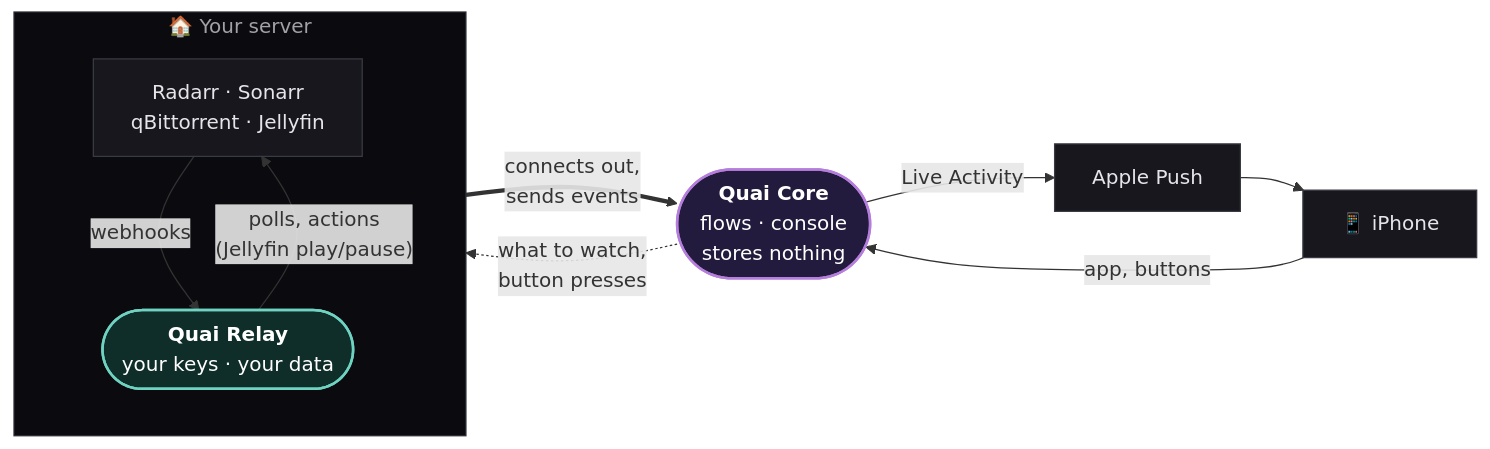
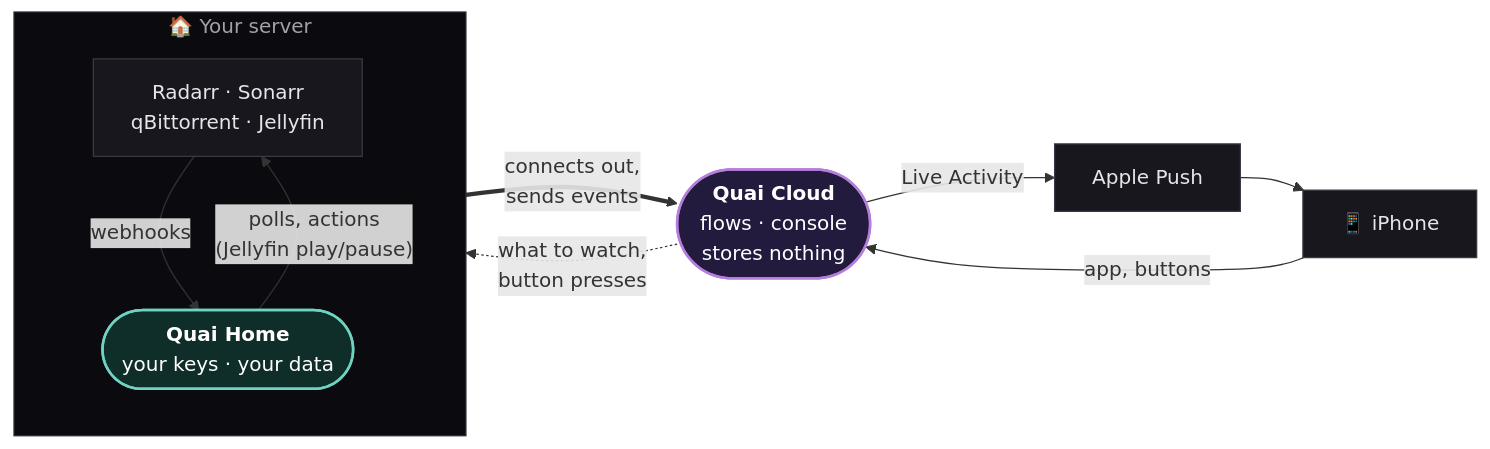
Before and after one commit to mathieuletyrant/quai-app: the diagram in README.md, drawn with Mermaid. The commit also changed other lines of this file and 3 other files, not shown here.

First line of the commit message:
refactor: name the two pieces Quai Home and Quai Cloud

````diff
--- a/README.md
+++ b/README.md
@@ -49,27 +49,27 @@
 ```mermaid
 flowchart LR
   subgraph home["🏠 Your server"]
     direction TB
     services["Radarr · Sonarr<br/>qBittorrent · Jellyfin"]
-    relay(["<b>Quai Relay</b><br/>your keys · your data"])
+    relay(["<b>Quai Home</b><br/>your keys · your data"])
     services -- "webhooks" --> relay
     relay -- "polls, actions<br/>(Jellyfin play/pause)" --> services
   end
 
-  core(["<b>Quai Core</b><br/>flows · console<br/>stores nothing"])
+  core(["<b>Quai Cloud</b><br/>flows · console<br/>stores nothing"])
   apple["Apple Push"]
   phone["📱 iPhone"]
 
   relay == "connects out,<br/>sends events" ==> core
   core -. "what to watch,<br/>button presses" .-> relay
   core -- "Live Activity" --> apple --> phone
   phone -- "app, buttons" --> core
 
   classDef relayStyle fill:#0f2e29,stroke:#6fd3c2,stroke-width:2px,color:#fff
   classDef coreStyle fill:#231b3d,stroke:#b57edc,stroke-width:2px,color:#fff
   classDef plain fill:#17171d,stroke:#3a3a44,color:#e5e5ea
   class relay relayStyle
   class core coreStyle
   class services,apple,phone plain
   style home fill:#0b0b0f,stroke:#2a2a33,color:#a1a1a6
 ```
````
